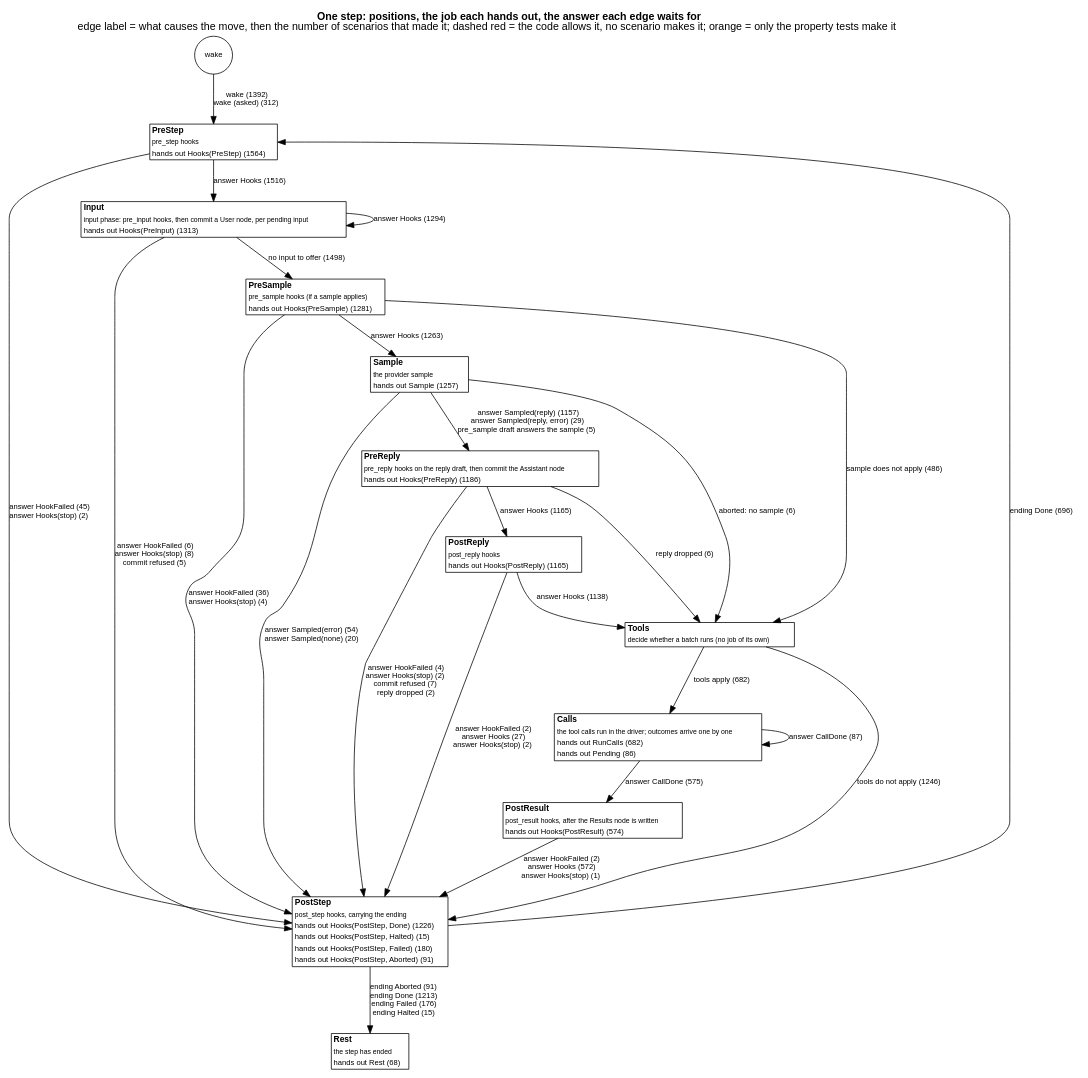
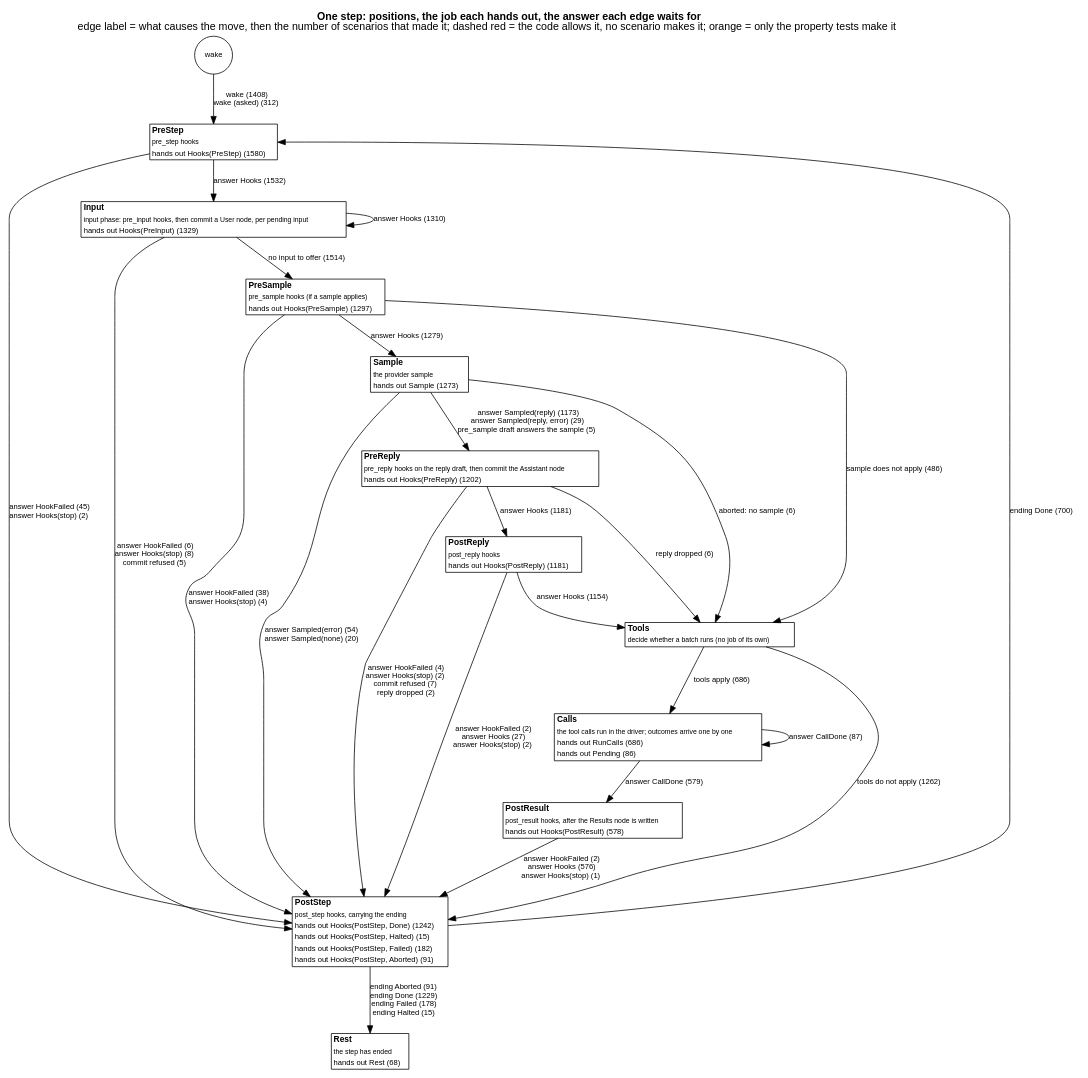
One commit to jmccardle/tau changed the diagram in docs/as-built/diagrams/step-positions.dot. Above: the diagram before and after it, drawn with Graphviz. The commit also changed 43 other files, not shown here.

```diff
--- a/docs/as-built/diagrams/step-positions.dot
+++ b/docs/as-built/diagrams/step-positions.dot
@@ -1,42 +1,42 @@
 // Generated by scripts/diagrams.sh from the test suites' transitions. Do not edit.
 digraph step_positions {
   graph [rankdir=TB, fontname="Helvetica", nodesep=0.5, ranksep=0.6, labelloc=t, label=<<b>One step: positions, the job each hands out, the answer each edge waits for</b><br/>edge label = what causes the move, then the number of scenarios that made it; dashed red = the code allows it, no scenario makes it; orange = only the property tests make it>];
   node [shape=plain, fontname="Helvetica", fontsize=11];
   edge [fontname="Helvetica", fontsize=10];
   "(wake)" [shape=circle, label="wake", fontsize=10];
-  "PreStep" [label=<<table border="1" cellborder="0" cellspacing="0" bgcolor="white"><tr><td align="left"><b>PreStep</b></td></tr><tr><td align="left"><font point-size="9">pre_step hooks</font></td></tr><tr><td align="left"><font color="black" point-size="10">hands out Hooks(PreStep) (1564)</font></td></tr></table>>];
-  "Input" [label=<<table border="1" cellborder="0" cellspacing="0" bgcolor="white"><tr><td align="left"><b>Input</b></td></tr><tr><td align="left"><font point-size="9">input phase: pre_input hooks, then commit a User node, per pending input</font></td></tr><tr><td align="left"><font color="black" point-size="10">hands out Hooks(PreInput) (1313)</font></td></tr></table>>];
-  "PreSample" [label=<<table border="1" cellborder="0" cellspacing="0" bgcolor="white"><tr><td align="left"><b>PreSample</b></td></tr><tr><td align="left"><font point-size="9">pre_sample hooks (if a sample applies)</font></td></tr><tr><td align="left"><font color="black" point-size="10">hands out Hooks(PreSample) (1281)</font></td></tr></table>>];
-  "Sample" [label=<<table border="1" cellborder="0" cellspacing="0" bgcolor="white"><tr><td align="left"><b>Sample</b></td></tr><tr><td align="left"><font point-size="9">the provider sample</font></td></tr><tr><td align="left"><font color="black" point-size="10">hands out Sample (1257)</font></td></tr></table>>];
-  "PreReply" [label=<<table border="1" cellborder="0" cellspacing="0" bgcolor="white"><tr><td align="left"><b>PreReply</b></td></tr><tr><td align="left"><font point-size="9">pre_reply hooks on the reply draft, then commit the Assistant node</font></td></tr><tr><td align="left"><font color="black" point-size="10">hands out Hooks(PreReply) (1186)</font></td></tr></table>>];
-  "PostReply" [label=<<table border="1" cellborder="0" cellspacing="0" bgcolor="white"><tr><td align="left"><b>PostReply</b></td></tr><tr><td align="left"><font point-size="9">post_reply hooks</font></td></tr><tr><td align="left"><font color="black" point-size="10">hands out Hooks(PostReply) (1165)</font></td></tr></table>>];
+  "PreStep" [label=<<table border="1" cellborder="0" cellspacing="0" bgcolor="white"><tr><td align="left"><b>PreStep</b></td></tr><tr><td align="left"><font point-size="9">pre_step hooks</font></td></tr><tr><td align="left"><font color="black" point-size="10">hands out Hooks(PreStep) (1580)</font></td></tr></table>>];
+  "Input" [label=<<table border="1" cellborder="0" cellspacing="0" bgcolor="white"><tr><td align="left"><b>Input</b></td></tr><tr><td align="left"><font point-size="9">input phase: pre_input hooks, then commit a User node, per pending input</font></td></tr><tr><td align="left"><font color="black" point-size="10">hands out Hooks(PreInput) (1329)</font></td></tr></table>>];
+  "PreSample" [label=<<table border="1" cellborder="0" cellspacing="0" bgcolor="white"><tr><td align="left"><b>PreSample</b></td></tr><tr><td align="left"><font point-size="9">pre_sample hooks (if a sample applies)</font></td></tr><tr><td align="left"><font color="black" point-size="10">hands out Hooks(PreSample) (1297)</font></td></tr></table>>];
+  "Sample" [label=<<table border="1" cellborder="0" cellspacing="0" bgcolor="white"><tr><td align="left"><b>Sample</b></td></tr><tr><td align="left"><font point-size="9">the provider sample</font></td></tr><tr><td align="left"><font color="black" point-size="10">hands out Sample (1273)</font></td></tr></table>>];
+  "PreReply" [label=<<table border="1" cellborder="0" cellspacing="0" bgcolor="white"><tr><td align="left"><b>PreReply</b></td></tr><tr><td align="left"><font point-size="9">pre_reply hooks on the reply draft, then commit the Assistant node</font></td></tr><tr><td align="left"><font color="black" point-size="10">hands out Hooks(PreReply) (1202)</font></td></tr></table>>];
+  "PostReply" [label=<<table border="1" cellborder="0" cellspacing="0" bgcolor="white"><tr><td align="left"><b>PostReply</b></td></tr><tr><td align="left"><font point-size="9">post_reply hooks</font></td></tr><tr><td align="left"><font color="black" point-size="10">hands out Hooks(PostReply) (1181)</font></td></tr></table>>];
   "Tools" [label=<<table border="1" cellborder="0" cellspacing="0" bgcolor="white"><tr><td align="left"><b>Tools</b></td></tr><tr><td align="left"><font point-size="9">decide whether a batch runs (no job of its own)</font></td></tr></table>>];
-  "Calls" [label=<<table border="1" cellborder="0" cellspacing="0" bgcolor="white"><tr><td align="left"><b>Calls</b></td></tr><tr><td align="left"><font point-size="9">the tool calls run in the driver; outcomes arrive one by one</font></td></tr><tr><td align="left"><font color="black" point-size="10">hands out RunCalls (682)</font></td></tr><tr><td align="left"><font color="black" point-size="10">hands out Pending (86)</font></td></tr></table>>];
-  "PostResult" [label=<<table border="1" cellborder="0" cellspacing="0" bgcolor="white"><tr><td align="left"><b>PostResult</b></td></tr><tr><td align="left"><font point-size="9">post_result hooks, after the Results node is written</font></td></tr><tr><td align="left"><font color="black" point-size="10">hands out Hooks(PostResult) (574)</font></td></tr></table>>];
-  "PostStep" [label=<<table border="1" cellborder="0" cellspacing="0" bgcolor="white"><tr><td align="left"><b>PostStep</b></td></tr><tr><td align="left"><font point-size="9">post_step hooks, carrying the ending</font></td></tr><tr><td align="left"><font color="black" point-size="10">hands out Hooks(PostStep, Done) (1226)</font></td></tr><tr><td align="left"><font color="black" point-size="10">hands out Hooks(PostStep, Halted) (15)</font></td></tr><tr><td align="left"><font color="black" point-size="10">hands out Hooks(PostStep, Failed) (180)</font></td></tr><tr><td align="left"><font color="black" point-size="10">hands out Hooks(PostStep, Aborted) (91)</font></td></tr></table>>];
+  "Calls" [label=<<table border="1" cellborder="0" cellspacing="0" bgcolor="white"><tr><td align="left"><b>Calls</b></td></tr><tr><td align="left"><font point-size="9">the tool calls run in the driver; outcomes arrive one by one</font></td></tr><tr><td align="left"><font color="black" point-size="10">hands out RunCalls (686)</font></td></tr><tr><td align="left"><font color="black" point-size="10">hands out Pending (86)</font></td></tr></table>>];
+  "PostResult" [label=<<table border="1" cellborder="0" cellspacing="0" bgcolor="white"><tr><td align="left"><b>PostResult</b></td></tr><tr><td align="left"><font point-size="9">post_result hooks, after the Results node is written</font></td></tr><tr><td align="left"><font color="black" point-size="10">hands out Hooks(PostResult) (578)</font></td></tr></table>>];
+  "PostStep" [label=<<table border="1" cellborder="0" cellspacing="0" bgcolor="white"><tr><td align="left"><b>PostStep</b></td></tr><tr><td align="left"><font point-size="9">post_step hooks, carrying the ending</font></td></tr><tr><td align="left"><font color="black" point-size="10">hands out Hooks(PostStep, Done) (1242)</font></td></tr><tr><td align="left"><font color="black" point-size="10">hands out Hooks(PostStep, Halted) (15)</font></td></tr><tr><td align="left"><font color="black" point-size="10">hands out Hooks(PostStep, Failed) (182)</font></td></tr><tr><td align="left"><font color="black" point-size="10">hands out Hooks(PostStep, Aborted) (91)</font></td></tr></table>>];
   "Rest" [label=<<table border="1" cellborder="0" cellspacing="0" bgcolor="white"><tr><td align="left"><b>Rest</b></td></tr><tr><td align="left"><font point-size="9">the step has ended</font></td></tr><tr><td align="left"><font color="black" point-size="10">hands out Rest (68)</font></td></tr></table>>];
-  "(wake)" -> "PreStep" [label=<wake (1392)<br/>wake (asked) (312)>, color="black", style=solid];
+  "(wake)" -> "PreStep" [label=<wake (1408)<br/>wake (asked) (312)>, color="black", style=solid];
   "Calls" -> "Calls" [label=<answer CallDone (87)>, color="black", style=solid];
-  "Calls" -> "PostResult" [label=<answer CallDone (575)>, color="black", style=solid];
-  "Input" -> "Input" [label=<answer Hooks (1294)>, color="black", style=solid];
+  "Calls" -> "PostResult" [label=<answer CallDone (579)>, color="black", style=solid];
+  "Input" -> "Input" [label=<answer Hooks (1310)>, color="black", style=solid];
   "Input" -> "PostStep" [label=<answer HookFailed (6)<br/>answer Hooks(stop) (8)<br/>commit refused (5)>, color="black", style=solid];
-  "Input" -> "PreSample" [label=<no input to offer (1498)>, color="black", style=solid];
+  "Input" -> "PreSample" [label=<no input to offer (1514)>, color="black", style=solid];
   "PostReply" -> "PostStep" [label=<answer HookFailed (2)<br/>answer Hooks (27)<br/>answer Hooks(stop) (2)>, color="black", style=solid];
-  "PostReply" -> "Tools" [label=<answer Hooks (1138)>, color="black", style=solid];
-  "PostResult" -> "PostStep" [label=<answer HookFailed (2)<br/>answer Hooks (572)<br/>answer Hooks(stop) (1)>, color="black", style=solid];
-  "PostStep" -> "PreStep" [label=<ending Done (696)>, color="black", style=solid];
-  "PostStep" -> "Rest" [label=<ending Aborted (91)<br/>ending Done (1213)<br/>ending Failed (176)<br/>ending Halted (15)>, color="black", style=solid];
-  "PreReply" -> "PostReply" [label=<answer Hooks (1165)>, color="black", style=solid];
+  "PostReply" -> "Tools" [label=<answer Hooks (1154)>, color="black", style=solid];
+  "PostResult" -> "PostStep" [label=<answer HookFailed (2)<br/>answer Hooks (576)<br/>answer Hooks(stop) (1)>, color="black", style=solid];
+  "PostStep" -> "PreStep" [label=<ending Done (700)>, color="black", style=solid];
+  "PostStep" -> "Rest" [label=<ending Aborted (91)<br/>ending Done (1229)<br/>ending Failed (178)<br/>ending Halted (15)>, color="black", style=solid];
+  "PreReply" -> "PostReply" [label=<answer Hooks (1181)>, color="black", style=solid];
   "PreReply" -> "PostStep" [label=<answer HookFailed (4)<br/>answer Hooks(stop) (2)<br/>commit refused (7)<br/>reply dropped (2)>, color="black", style=solid];
   "PreReply" -> "Tools" [label=<reply dropped (6)>, color="black", style=solid];
-  "PreSample" -> "PostStep" [label=<answer HookFailed (36)<br/>answer Hooks(stop) (4)>, color="black", style=solid];
-  "PreSample" -> "Sample" [label=<answer Hooks (1263)>, color="black", style=solid];
+  "PreSample" -> "PostStep" [label=<answer HookFailed (38)<br/>answer Hooks(stop) (4)>, color="black", style=solid];
+  "PreSample" -> "Sample" [label=<answer Hooks (1279)>, color="black", style=solid];
   "PreSample" -> "Tools" [label=<sample does not apply (486)>, color="black", style=solid];
-  "PreStep" -> "Input" [label=<answer Hooks (1516)>, color="black", style=solid];
+  "PreStep" -> "Input" [label=<answer Hooks (1532)>, color="black", style=solid];
   "PreStep" -> "PostStep" [label=<answer HookFailed (45)<br/>answer Hooks(stop) (2)>, color="black", style=solid];
   "Sample" -> "PostStep" [label=<answer Sampled(error) (54)<br/>answer Sampled(none) (20)>, color="black", style=solid];
-  "Sample" -> "PreReply" [label=<answer Sampled(reply) (1157)<br/>answer Sampled(reply, error) (29)<br/>pre_sample draft answers the sample (5)>, color="black", style=solid];
+  "Sample" -> "PreReply" [label=<answer Sampled(reply) (1173)<br/>answer Sampled(reply, error) (29)<br/>pre_sample draft answers the sample (5)>, color="black", style=solid];
   "Sample" -> "Tools" [label=<aborted: no sample (6)>, color="black", style=solid];
-  "Tools" -> "Calls" [label=<tools apply (682)>, color="black", style=solid];
-  "Tools" -> "PostStep" [label=<tools do not apply (1246)>, color="black", style=solid];
+  "Tools" -> "Calls" [label=<tools apply (686)>, color="black", style=solid];
+  "Tools" -> "PostStep" [label=<tools do not apply (1262)>, color="black", style=solid];
 }
```
